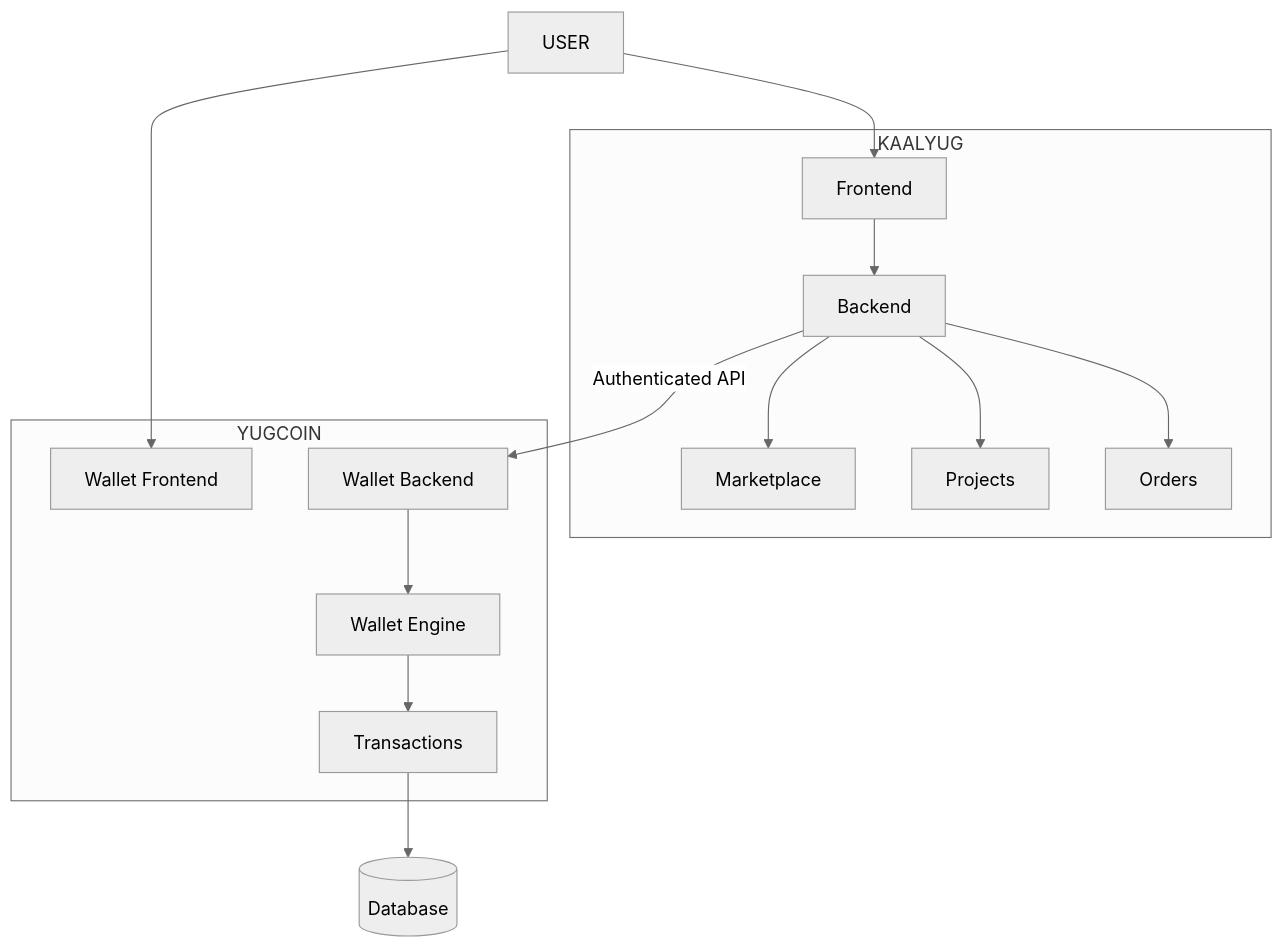
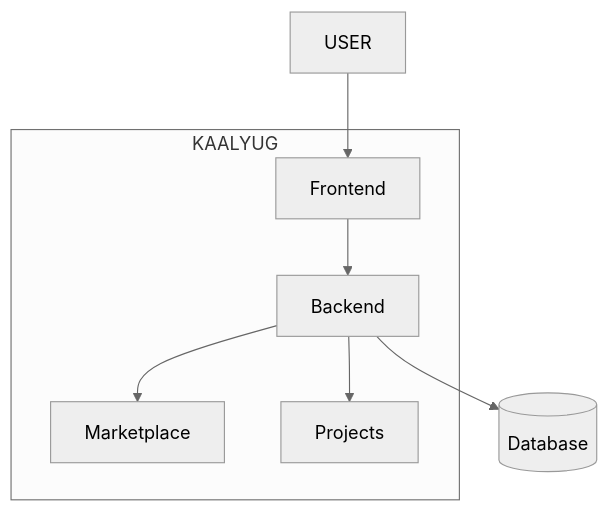
Before and after one commit to drj7zz/kaalyug: the third of 8 diagrams in README.md, drawn with Mermaid (neutral theme). The commit also changed other lines of this file and 40 other files, not shown here.

````diff
--- a/README.md
+++ b/README.md
@@ -313,35 +199,19 @@
 ```mermaid
 flowchart TB
     USER[USER]
 
     subgraph K[KAALYUG]
         KF[Frontend]
         KB[Backend]
         KM[Marketplace]
         KP[Projects]
-        KO[Orders]
-    end
-
-    subgraph Y[YUGCOIN]
-        YF[Wallet Frontend]
-        YB[Wallet Backend]
-        YE[Wallet Engine]
-        YT[Transactions]
     end
 
     DB[(Database)]
 
     USER --> KF
-    USER --> YF
-
     KF --> KB
     KB --> KM
     KB --> KP
-    KB --> KO
-
-    KB -->|Authenticated API| YB
-
-    YB --> YE
-    YE --> YT
-    YT --> DB
+    KB --> DB
 ```
````
